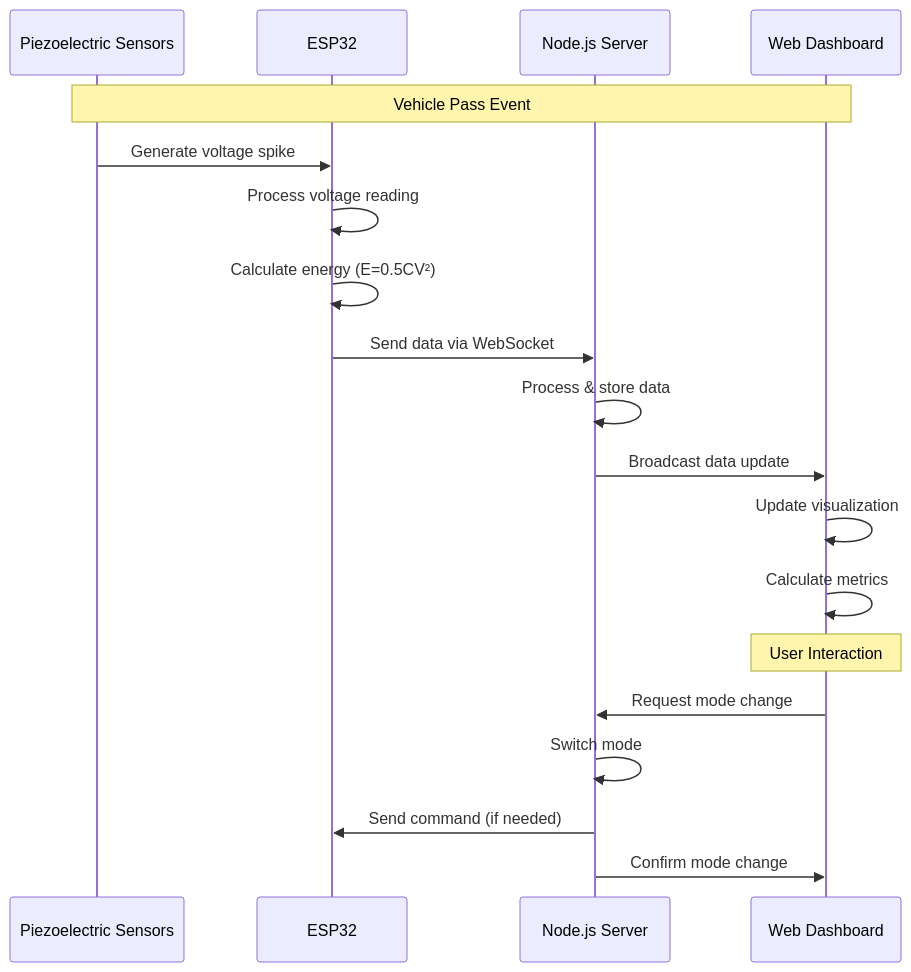
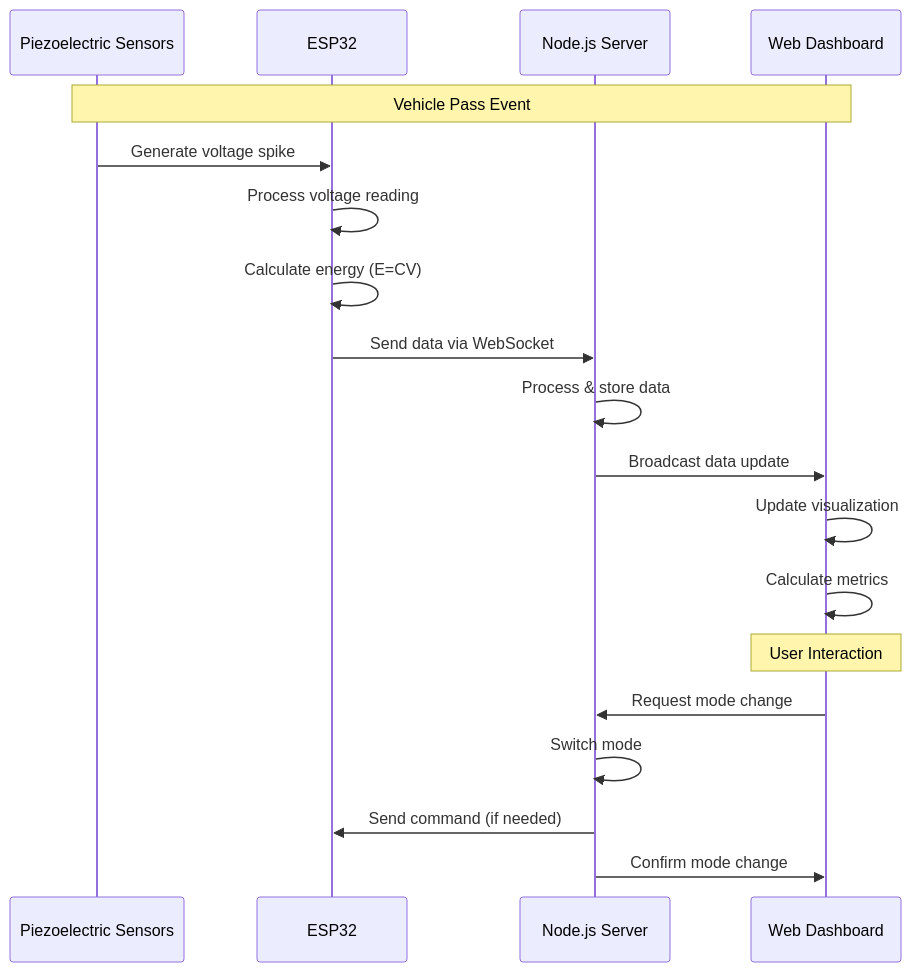
One commit to Erico891/piezo-electric changed the second of 2 diagrams in README.md. Above: the diagram before and after it, drawn with Mermaid. The commit also changed other lines of this file, not shown here.

````diff
--- a/README.md
+++ b/README.md
@@ -83,23 +83,23 @@
 ```mermaid
 sequenceDiagram
     participant Piezo as Piezoelectric Sensors
     participant ESP32 as ESP32
     participant Server as Node.js Server
     participant Client as Web Dashboard
 
     Note over Piezo,Client: Vehicle Pass Event
     Piezo->>ESP32: Generate voltage spike
     ESP32->>ESP32: Process voltage reading
-    ESP32->>ESP32: Calculate energy (E=0.5CV²)
+    ESP32->>ESP32: Calculate energy (E=CV)
     ESP32->>Server: Send data via WebSocket
     Server->>Server: Process & store data
     Server->>Client: Broadcast data update
     Client->>Client: Update visualization
     Client->>Client: Calculate metrics
 
     Note over Client: User Interaction
     Client->>Server: Request mode change
     Server->>Server: Switch mode
     Server->>ESP32: Send command (if needed)
     Server->>Client: Confirm mode change
 ```
````
